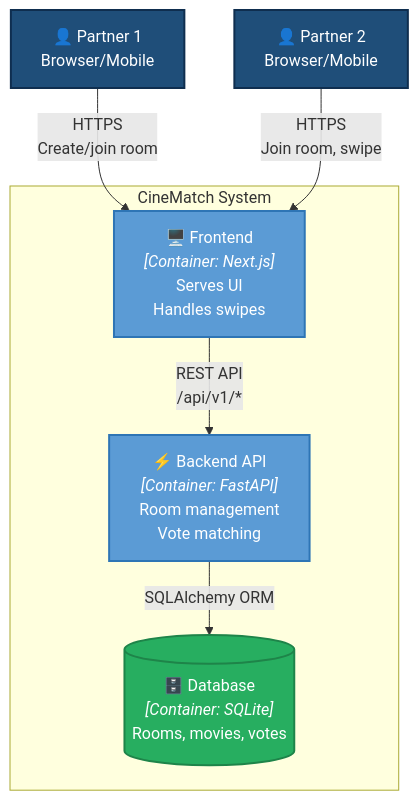
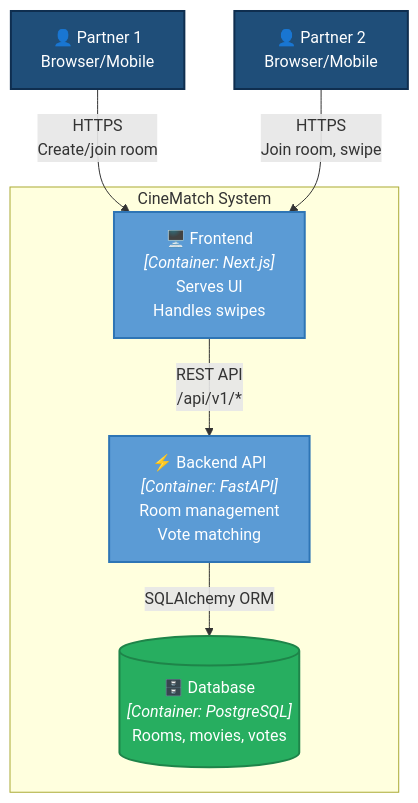
One commit to umans-ai/cinematch changed the second of 5 diagrams in docs/architecture/overview.md. Above: the diagram before and after it, drawn with Mermaid. The commit also changed other lines of this file, not shown here.

Commit message:
docs: update architecture overview for PostgreSQL and VPC per env 📝

````diff
--- a/docs/architecture/overview.md
+++ b/docs/architecture/overview.md
@@ -60,25 +60,25 @@
 ```mermaid
 flowchart TB
     P1["👤 Partner 1<br/>Browser/Mobile"]
     P2["👤 Partner 2<br/>Browser/Mobile"]
 
     subgraph CineMatch ["CineMatch System"]
         FE["🖥️ Frontend<br/><i>[Container: Next.js]</i><br/>Serves UI<br/>Handles swipes"]
         BE["⚡ Backend API<br/><i>[Container: FastAPI]</i><br/>Room management<br/>Vote matching"]
-        DB[("🗄️ Database<br/><i>[Container: SQLite]</i><br/>Rooms, movies, votes")]
+        DB[("🗄️ Database<br/><i>[Container: PostgreSQL]</i><br/>Rooms, movies, votes")]
     end
 
     P1 -->|"HTTPS<br/>Create/join room"| FE
     P2 -->|"HTTPS<br/>Join room, swipe"| FE
     FE -->|"REST API<br/>/api/v1/*"| BE
     BE -->|"SQLAlchemy ORM"| DB
 
     classDef external fill:#999,stroke:#666,color:#fff,stroke-width:2px
     classDef container fill:#5b9bd5,stroke:#2e75b5,color:#fff,stroke-width:2px
     classDef db fill:#27ae60,stroke:#1e8449,color:#fff,stroke-width:2px
     classDef person fill:#1f4e79,stroke:#0f2e4f,color:#fff,stroke-width:2px
 
     class P1,P2 person
     class FE,BE container
     class DB db
 ```
````
